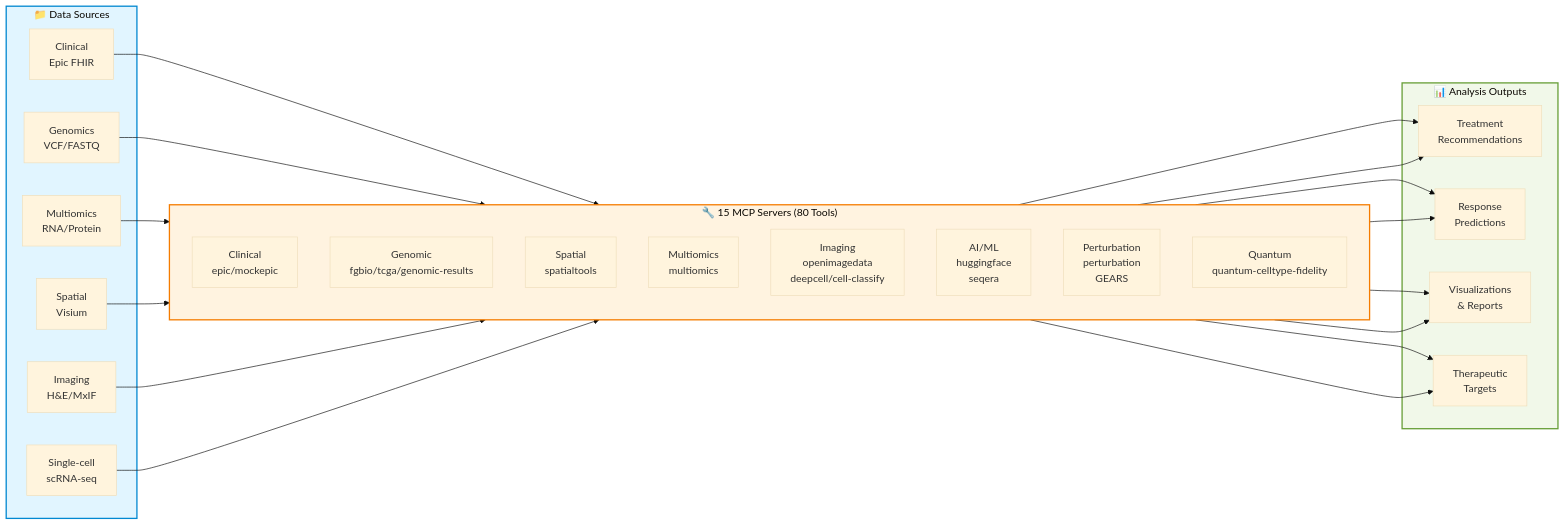
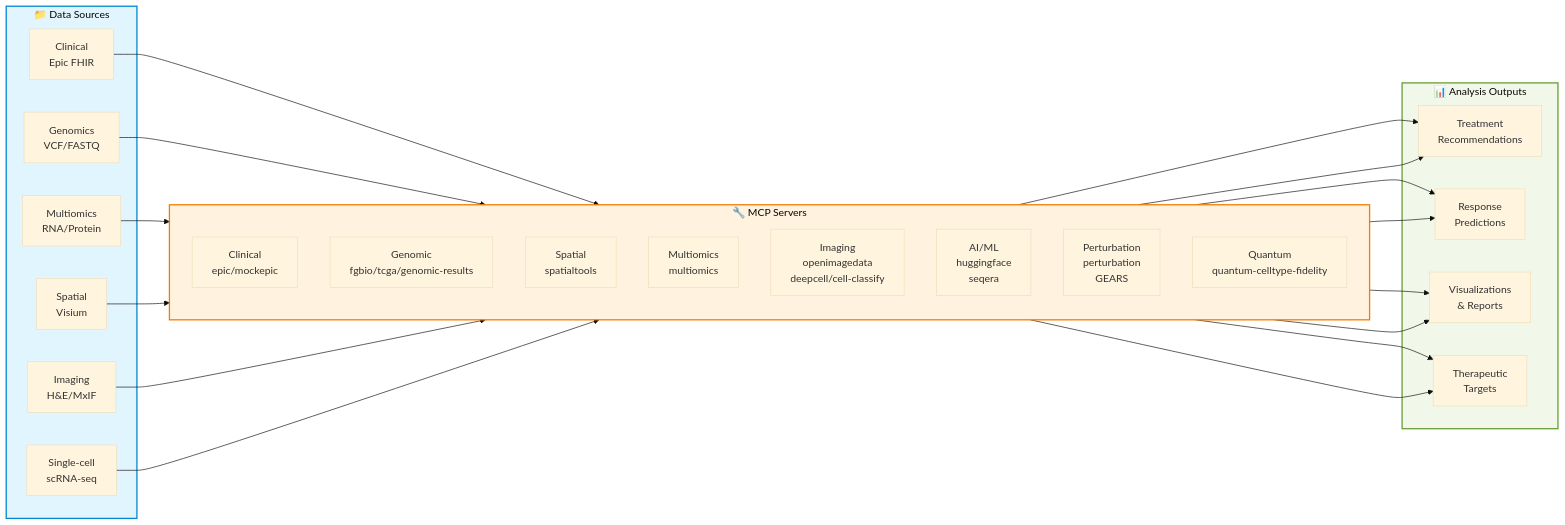
The first of 2 diagrams in docs/reference/architecture/README.md (raymond301/precision-medicine-mcp), drawn with Mermaid (base theme) before and after one commit. The commit also changed other lines of this file and 21 other files, not shown here.

Commit message:
simplify servers and tools counts

````diff
--- a/docs/reference/architecture/README.md
+++ b/docs/reference/architecture/README.md
@@ -9,50 +9,50 @@
 ```mermaid
 graph LR
     subgraph Input["📁 Data Sources"]
         EHR[Clinical<br/>Epic FHIR]
         SEQ[Genomics<br/>VCF/FASTQ]
         OMICS[Multiomics<br/>RNA/Protein]
         SPATIAL[Spatial<br/>Visium]
         IMG[Imaging<br/>H&E/MxIF]
         SCRNA[Single-cell<br/>scRNA-seq]
     end
 
-    subgraph MCP["🔧 15 MCP Servers (80 Tools)"]
+    subgraph MCP["🔧 MCP Servers"]
         direction TB
         S1[Clinical<br/>epic/mockepic]
         S2[Genomic<br/>fgbio/tcga/genomic-results]
         S3[Spatial<br/>spatialtools]
         S4[Multiomics<br/>multiomics]
         S5[Imaging<br/>openimagedata<br/>deepcell/cell-classify]
         S6[AI/ML<br/>huggingface<br/>seqera]
         S7[Perturbation<br/>perturbation<br/>GEARS]
         S8[Quantum<br/>quantum-celltype-fidelity]
     end
 
     subgraph Output["📊 Analysis Outputs"]
         TREAT[Treatment<br/>Recommendations]
         PREDICT[Response<br/>Predictions]
         VIZ[Visualizations<br/>& Reports]
         INSIGHTS[Therapeutic<br/>Targets]
     end
 
     EHR --> S1
     SEQ --> S2
     OMICS --> S4
     SPATIAL --> S3
     IMG --> S5
     SCRNA --> S7
 
     S1 --> TREAT
     S2 --> PREDICT
     S3 --> VIZ
     S4 --> INSIGHTS
     S5 --> TREAT
     S6 --> PREDICT
     S7 --> VIZ
     S8 --> INSIGHTS
 
     style Input fill:#e1f5ff,stroke:#0288d1,stroke-width:2px
     style MCP fill:#fff3e0,stroke:#f57c00,stroke-width:2px
     style Output fill:#f1f8e9,stroke:#689f38,stroke-width:2px
 ```
````
